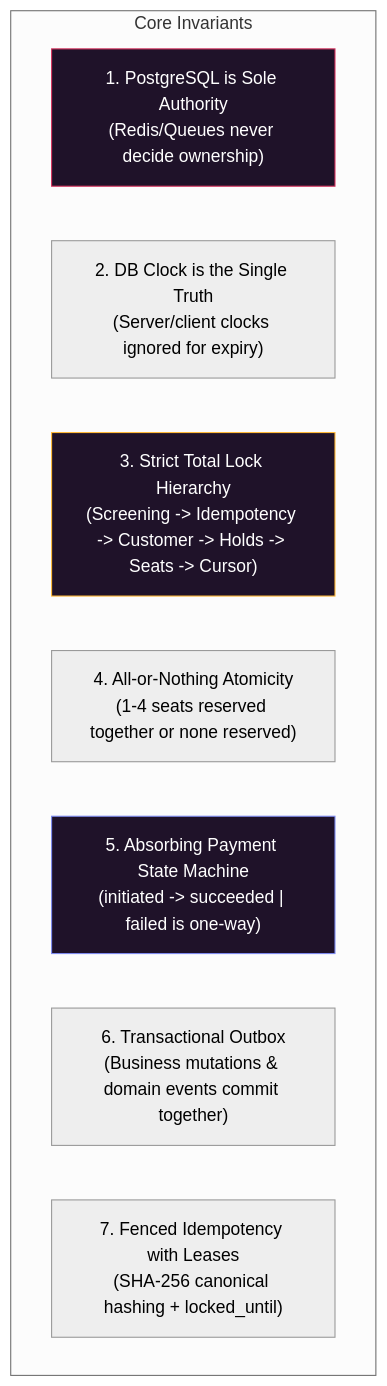
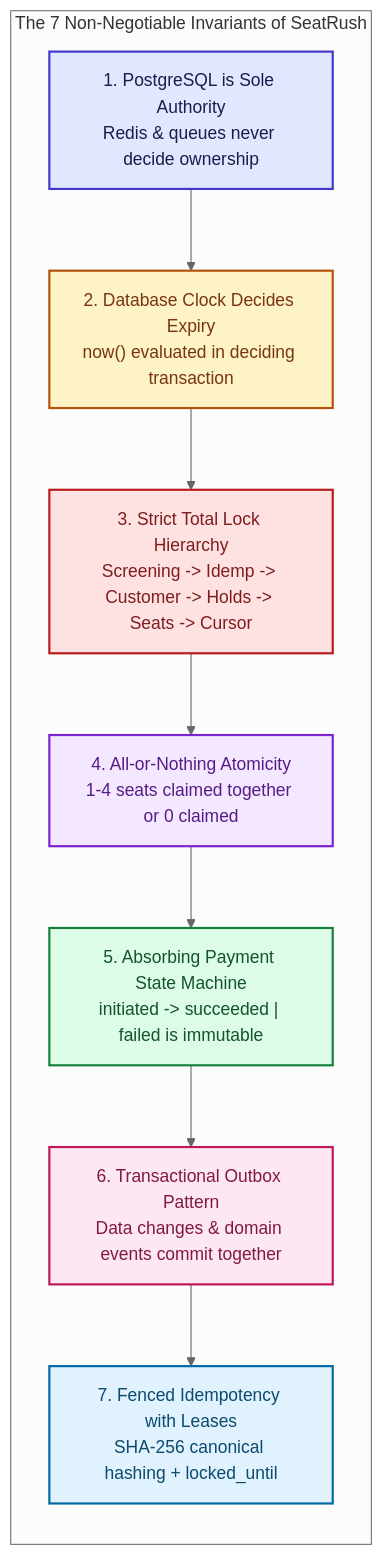
Before and after one commit to YuvvrajSingh/seat-rush: the second of 5 diagrams in docs/SYSTEMS_DESIGN.md, drawn with Mermaid (neutral theme). The commit also changed other lines of this file and 2 other files, not shown here.

Commit message:
docs: overhaul all Mermaid diagrams with modern styling, ERD, sequence boxes, and state machines

````diff
--- a/docs/SYSTEMS_DESIGN.md
+++ b/docs/SYSTEMS_DESIGN.md
@@ -73,15 +87,23 @@
 ```mermaid
-graph TD
-    subgraph "Core Invariants"
-        I1["1. PostgreSQL is Sole Authority<br/>(Redis/Queues never decide ownership)"]
-        I2["2. DB Clock is the Single Truth<br/>(Server/client clocks ignored for expiry)"]
-        I3["3. Strict Total Lock Hierarchy<br/>(Screening -> Idempotency -> Customer -> Holds -> Seats -> Cursor)"]
-        I4["4. All-or-Nothing Atomicity<br/>(1-4 seats reserved together or none reserved)"]
-        I5["5. Absorbing Payment State Machine<br/>(initiated -> succeeded | failed is one-way)"]
-        I6["6. Transactional Outbox<br/>(Business mutations & domain events commit together)"]
-        I7["7. Fenced Idempotency with Leases<br/>(SHA-256 canonical hashing + locked_until)"]
+flowchart TD
+    classDef auth fill:#e0e7ff,stroke:#4338ca,stroke-width:2px,color:#1e1b4b
+    classDef time fill:#fef3c7,stroke:#b45309,stroke-width:2px,color:#78350f
+    classDef lock fill:#fee2e2,stroke:#b91c1c,stroke-width:2px,color:#7f1d1d
+    classDef atom fill:#f3e8ff,stroke:#7e22ce,stroke-width:2px,color:#581c87
+    classDef state fill:#dcfce7,stroke:#15803d,stroke-width:2px,color:#14532d
+    classDef outbox fill:#fce7f3,stroke:#be185d,stroke-width:2px,color:#831843
+    classDef idem fill:#e0f2fe,stroke:#0369a1,stroke-width:2px,color:#0c4a6e
+
+    subgraph Invariants ["The 7 Non-Negotiable Invariants of SeatRush"]
+        direction TB
+        I1["1. PostgreSQL is Sole Authority<br/>Redis & queues never decide ownership"]:::auth
+        I2["2. Database Clock Decides Expiry<br/>now() evaluated in deciding transaction"]:::time
+        I3["3. Strict Total Lock Hierarchy<br/>Screening -> Idemp -> Customer -> Holds -> Seats -> Cursor"]:::lock
+        I4["4. All-or-Nothing Atomicity<br/>1-4 seats claimed together or 0 claimed"]:::atom
+        I5["5. Absorbing Payment State Machine<br/>initiated -> succeeded | failed is immutable"]:::state
+        I6["6. Transactional Outbox Pattern<br/>Data changes & domain events commit together"]:::outbox
+        I7["7. Fenced Idempotency with Leases<br/>SHA-256 canonical hashing + locked_until"]:::idem
     end
-    style I1 fill:#1f1229,stroke:#d6335f,color:#fff
-    style I3 fill:#1f1229,stroke:#ffb938,color:#fff
-    style I5 fill:#1f1229,stroke:#7d8af0,color:#fff
+
+    I1 --> I2 --> I3 --> I4 --> I5 --> I6 --> I7
 ```
````
